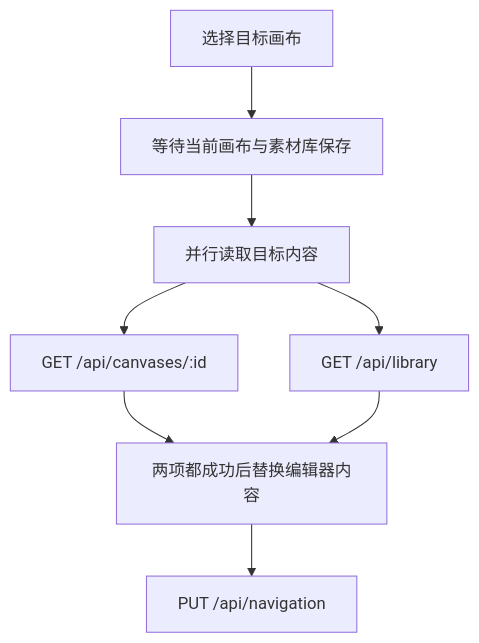
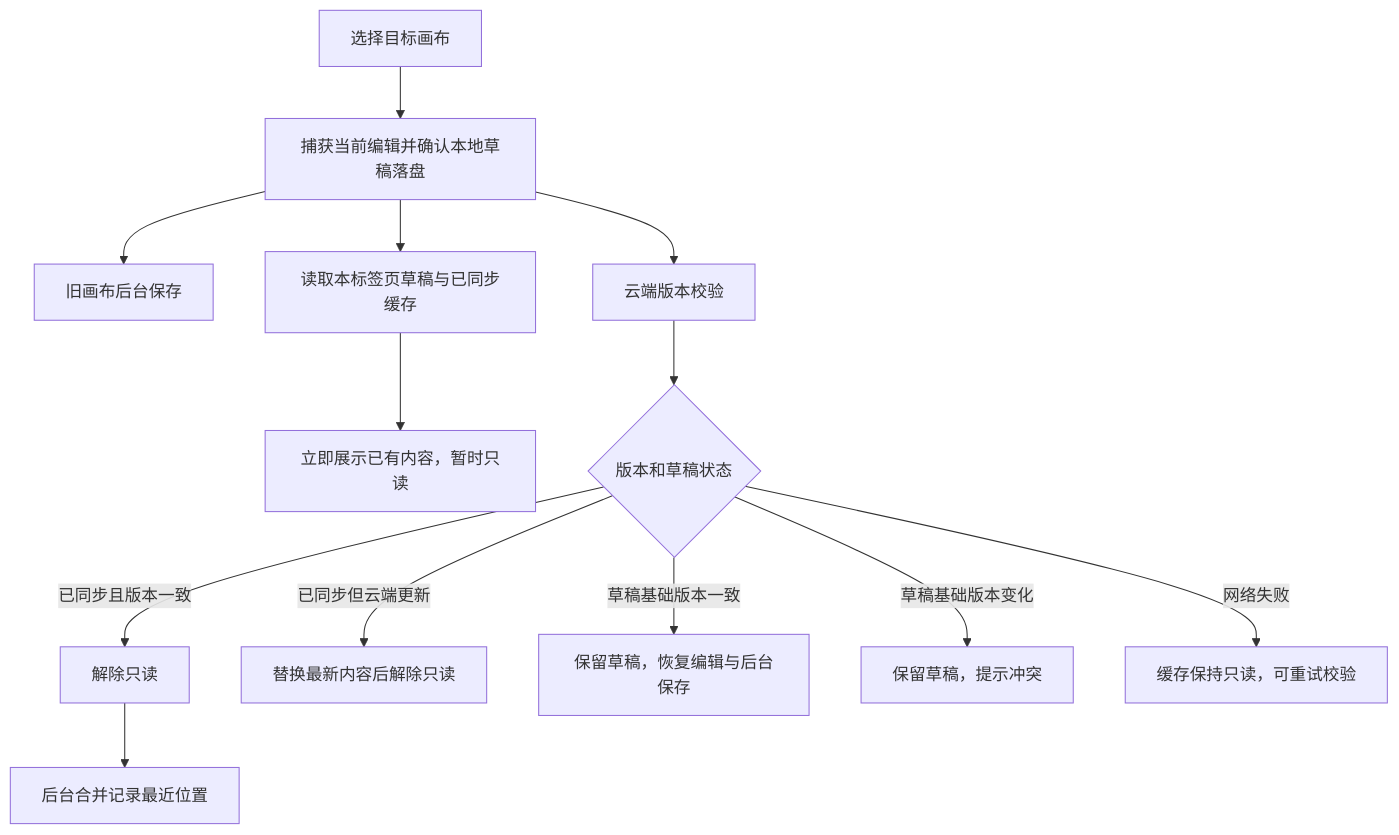
The diagram in docs/development/canvases.md (qiudeng7/excalidraw-workspace), drawn with Mermaid before and after one commit. The commit also changed other lines of this file and 36 other files, not shown here.

````diff
--- a/docs/development/canvases.md
+++ b/docs/development/canvases.md
@@ -19,10 +19,15 @@
 ```mermaid
 flowchart TD
-    A[选择目标画布] --> B[等待当前画布与素材库保存]
-    B --> C[并行读取目标内容]
-    C --> D[GET /api/canvases/:id]
-    C --> E[GET /api/library]
-    D --> F[两项都成功后替换编辑器内容]
-    E --> F
-    F --> G[PUT /api/navigation]
+    A[选择目标画布] --> B[捕获当前编辑并确认本地草稿落盘]
+    B --> C[旧画布后台保存]
+    B --> D[读取本标签页草稿与已同步缓存]
+    B --> E[云端版本校验]
+    D --> F[立即展示已有内容，暂时只读]
+    E --> G{版本和草稿状态}
+    G -->|已同步且版本一致| H[解除只读]
+    G -->|已同步但云端更新| I[替换最新内容后解除只读]
+    G -->|草稿基础版本一致| J[保留草稿，恢复编辑与后台保存]
+    G -->|草稿基础版本变化| K[保留草稿，提示冲突]
+    G -->|网络失败| L[缓存保持只读，可重试校验]
+    H --> M[后台合并记录最近位置]
 ```
````
